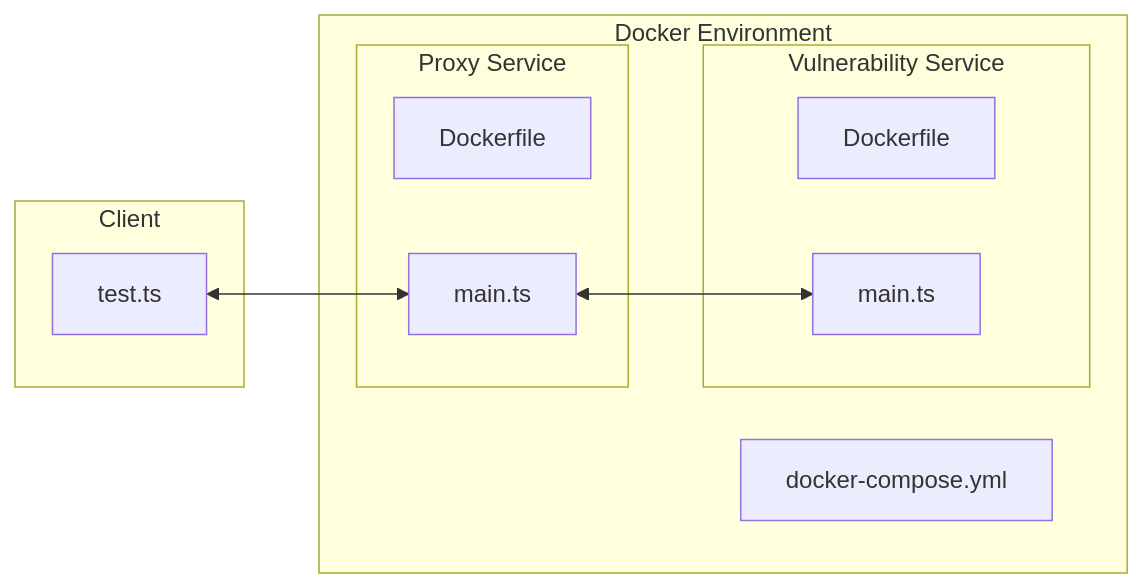
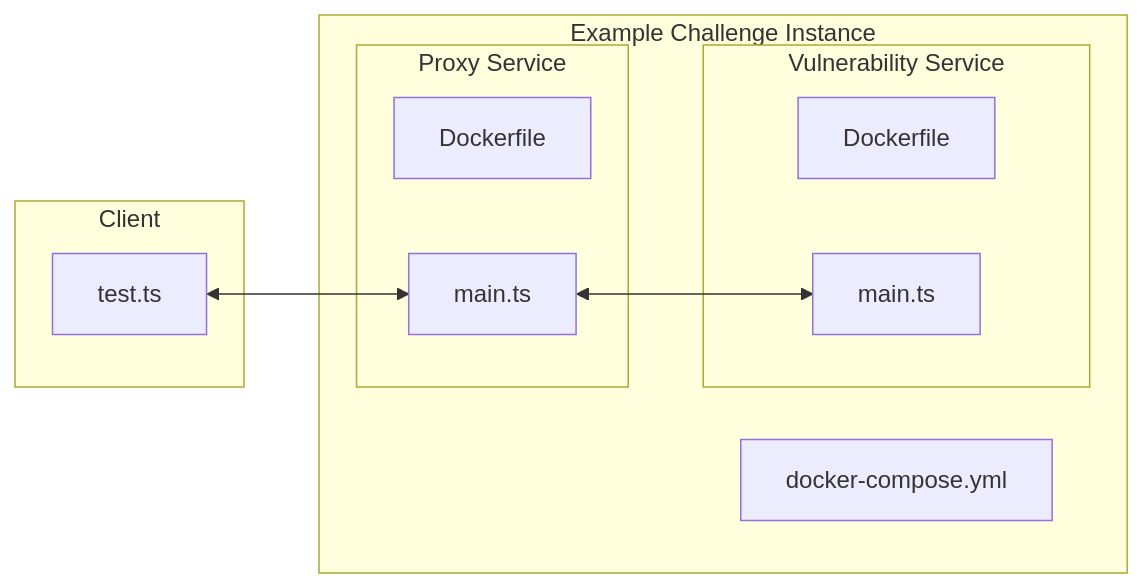
The diagram in README.md (PeronGH/dci-demo), drawn with Mermaid before and after one commit.

Commit message:
docs: update graph for accuracy

````diff
--- a/README.md
+++ b/README.md
@@ -18,24 +18,24 @@
 ```mermaid
 graph LR
 
 subgraph Client
     Test[test.ts]
 end
 
-subgraph Docker Environment
+subgraph Example Challenge Instance
     subgraph Proxy Service
         DockerProxy[Dockerfile]
         ProxyCode[main.ts]
     end
 
     subgraph Vulnerability Service
         DockerVuln[Dockerfile]
         VulnCode[main.ts]
     end
     
     ComposeConfig[docker-compose.yml]
 end
 
 ProxyCode <--> VulnCode
 Test <--> ProxyCode
 ```
````
